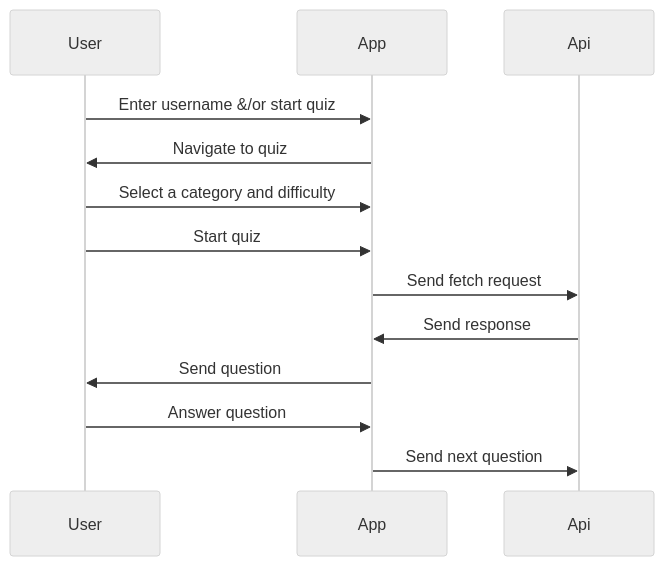
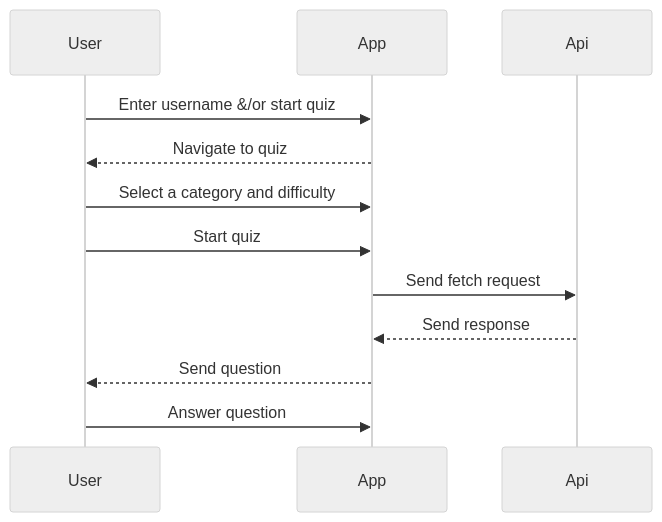
The diagram in src/sequenceDiagram.md (TheFullStackFred/fredrikstromberg-testing_typescipt-quiz_app), drawn with Mermaid (neutral theme) before and after one commit.

Commit message:
started on uml diagram

````diff
--- a/src/sequenceDiagram.md
+++ b/src/sequenceDiagram.md
@@ -1,17 +1,17 @@
 ```mermaid
 sequenceDiagram
     participant User
     participant App
     participant Api
 
     User->>App: Enter username &/or start quiz
-    App->>User: Navigate to quiz
+    App-->>User: Navigate to quiz
     User->>App: Select a category and difficulty
     User->>App: Start quiz
     App->>Api: Send fetch request
-    Api->>App: Send response
-    App->>User: Send question
+    Api-->>App: Send response
+    App-->>User: Send question
     User->>App: Answer question
-    App->>Api: Send next question
+
 
 ```
````
